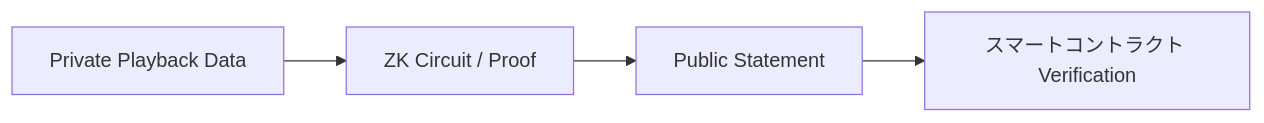
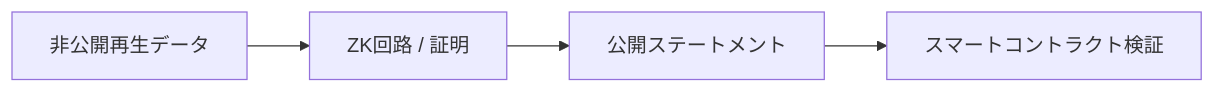
Diagram 13 of 27 in docs/whitepaper/04-platform-architecture.md (ShigeichiroYamasaki/creator-first-platform), drawn with Mermaid before and after one commit. The commit also changed other lines of this file and 72 other files, not shown here.

````diff
--- a/docs/whitepaper/04-platform-architecture.md
+++ b/docs/whitepaper/04-platform-architecture.md
@@ -459,7 +459,7 @@
 ```mermaid
 flowchart LR
-    PRIVATE[Private Playback Data]
-    PRIVATE --> ZK[ZK Circuit / Proof]
-    ZK --> PUBLIC[Public Statement]
-    PUBLIC --> SC[スマートコントラクト Verification]
+    PRIVATE[非公開再生データ]
+    PRIVATE --> ZK[ZK回路 / 証明]
+    ZK --> PUBLIC[公開ステートメント]
+    PUBLIC --> SC[スマートコントラクト検証]
 ```
````
